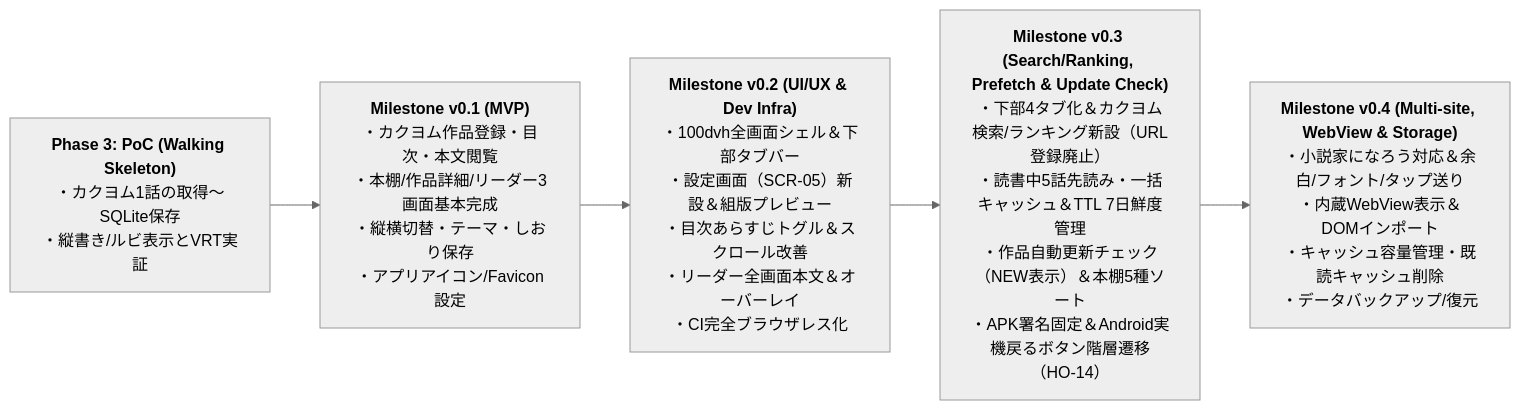
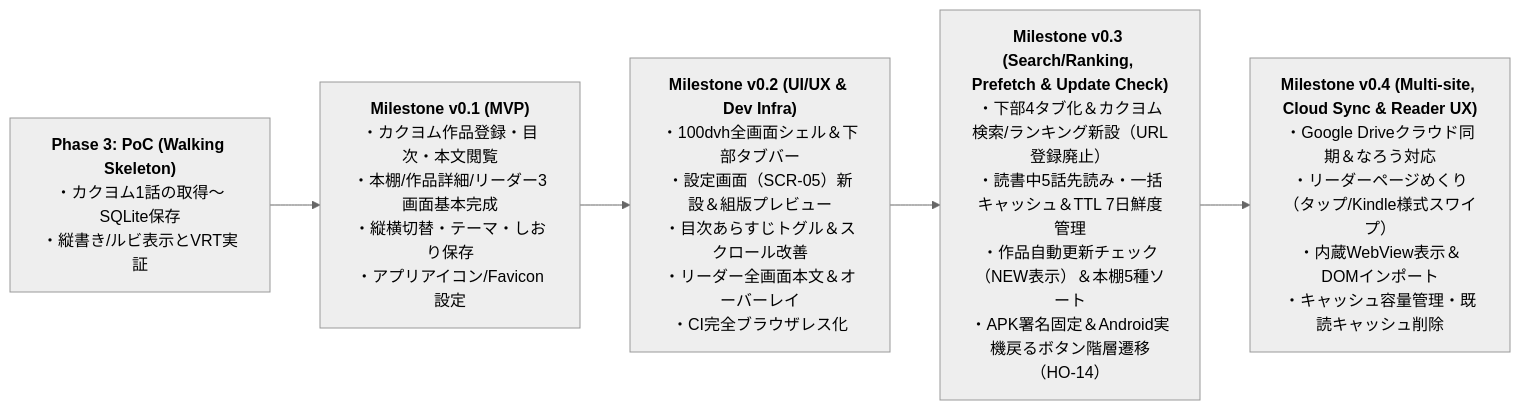
One commit to high-soar/Yommy changed the diagram in docs/specs/requirements.md. Above: the diagram before and after it, drawn with Mermaid (neutral theme). The commit also changed other lines of this file and 7 other files, not shown here.

````diff
--- a/docs/specs/requirements.md
+++ b/docs/specs/requirements.md
@@ -148,10 +151,10 @@
 ```mermaid
 flowchart LR
     PoC["<b>Phase 3: PoC (Walking Skeleton)</b><br>・カクヨム1話の取得〜SQLite保存<br>・縦書き/ルビ表示とVRT実証"]
     M1["<b>Milestone v0.1 (MVP)</b><br>・カクヨム作品登録・目次・本文閲覧<br>・本棚/作品詳細/リーダー3画面基本完成<br>・縦横切替・テーマ・しおり保存<br>・アプリアイコン/Favicon設定"]
     M2["<b>Milestone v0.2 (UI/UX & Dev Infra)</b><br>・100dvh全画面シェル＆下部タブバー<br>・設定画面（SCR-05）新設＆組版プレビュー<br>・目次あらすじトグル＆スクロール改善<br>・リーダー全画面本文＆オーバーレイ<br>・CI完全ブラウザレス化"]
     M3["<b>Milestone v0.3 (Search/Ranking, Prefetch & Update Check)</b><br>・下部4タブ化＆カクヨム検索/ランキング新設（URL登録廃止）<br>・読書中5話先読み・一括キャッシュ＆TTL 7日鮮度管理<br>・作品自動更新チェック（NEW表示）＆本棚5種ソート<br>・APK署名固定＆Android実機戻るボタン階層遷移（HO-14）"]
-    M4["<b>Milestone v0.4 (Multi-site, WebView & Storage)</b><br>・小説家になろう対応＆余白/フォント/タップ送り<br>・内蔵WebView表示＆DOMインポート<br>・キャッシュ容量管理・既読キャッシュ削除<br>・データバックアップ/復元"]
+    M4["<b>Milestone v0.4 (Multi-site, Cloud Sync & Reader UX)</b><br>・Google Driveクラウド同期＆なろう対応<br>・リーダーページめくり（タップ/Kindle様式スワイプ）<br>・内蔵WebView表示＆DOMインポート<br>・キャッシュ容量管理・既読キャッシュ削除"]
 
     PoC --> M1 --> M2 --> M3 --> M4
 ```
````
